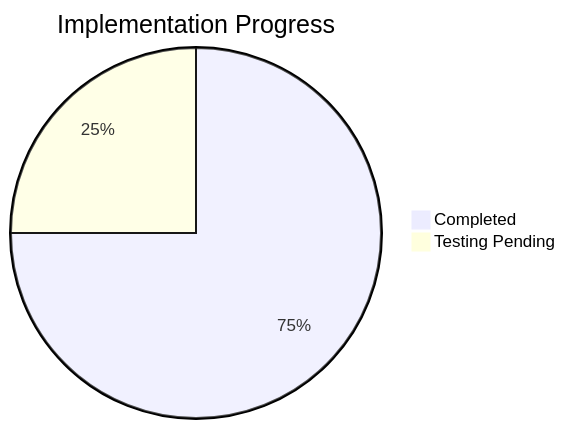
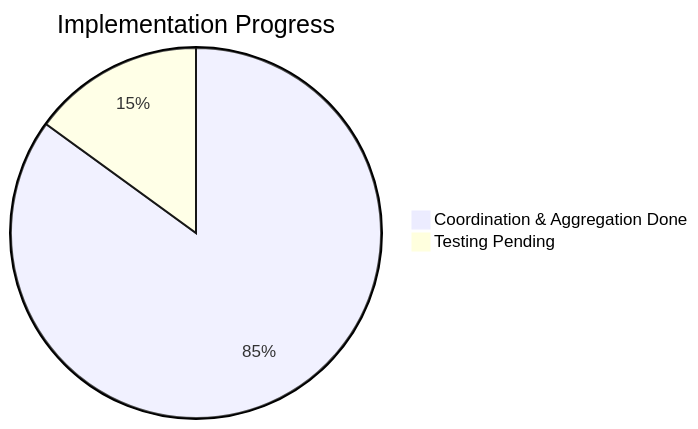
The first of 3 diagrams in memory-bank/progress.md (hackathon-nstech/database-nsdocs-consumption-module), drawn with Mermaid before and after one commit. The commit also changed other lines of this file and 18 other files, not shown here.

````diff
--- a/memory-bank/progress.md
+++ b/memory-bank/progress.md
@@ -112,5 +131,5 @@
 ```mermaid
 pie title Implementation Progress
-    "Completed" : 75
-    "Testing Pending" : 25
+    "Coordination & Aggregation Done" : 85
+    "Testing Pending" : 15
 ```
````
